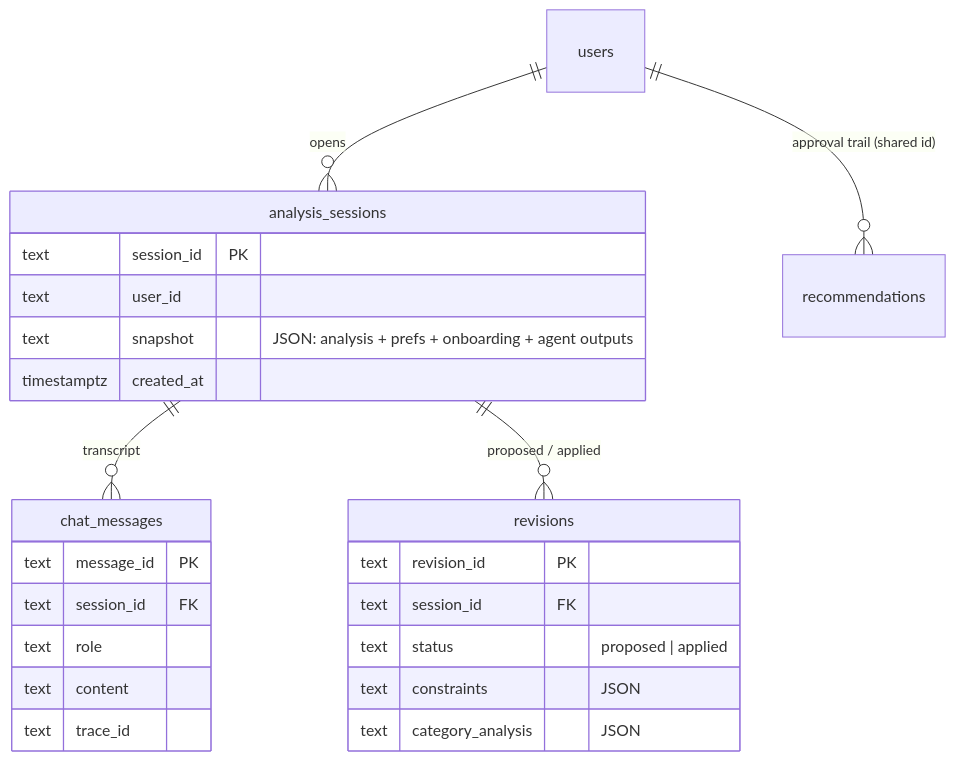
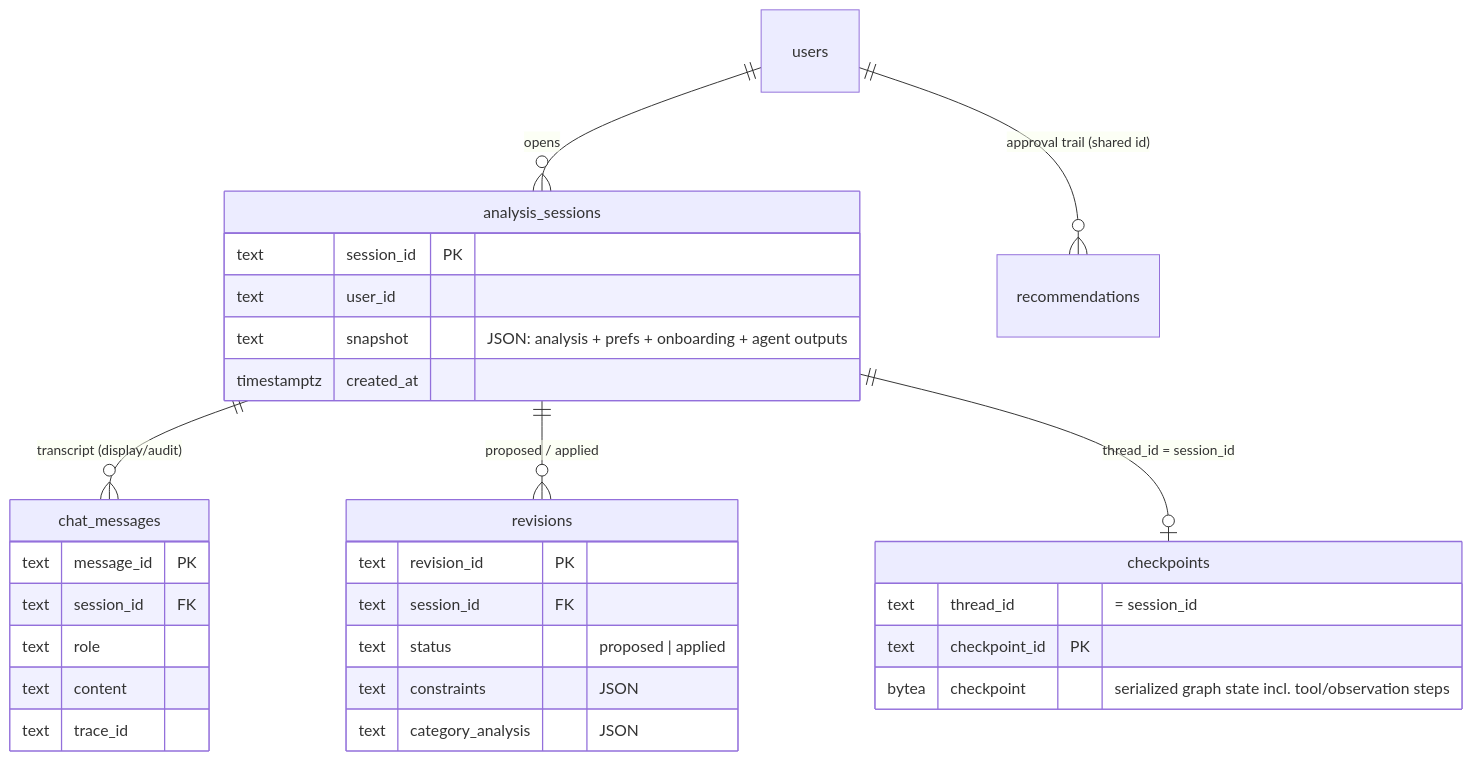
One commit to tjorgeo/AIIM_DB_mobility_advisior changed the ninth of 13 diagrams in DELIVERABLES/BACKEND_ARCHITECTURE_REPORT.md. Above: the diagram before and after it, drawn with Mermaid. The commit also changed other lines of this file and 19 other files, not shown here.

````diff
--- a/DELIVERABLES/BACKEND_ARCHITECTURE_REPORT.md
+++ b/DELIVERABLES/BACKEND_ARCHITECTURE_REPORT.md
@@ -347,28 +374,34 @@
 ```mermaid
 erDiagram
     users ||--o{ analysis_sessions : opens
-    analysis_sessions ||--o{ chat_messages : transcript
+    analysis_sessions ||--o{ chat_messages : "transcript (display/audit)"
     analysis_sessions ||--o{ revisions : "proposed / applied"
     users ||--o{ recommendations : "approval trail (shared id)"
+    analysis_sessions ||--o| checkpoints : "thread_id = session_id"
 
     analysis_sessions {
         text session_id PK
         text user_id
         text snapshot "JSON: analysis + prefs + onboarding + agent outputs"
         timestamptz created_at
     }
     chat_messages {
         text message_id PK
         text session_id FK
         text role
         text content
         text trace_id
     }
     revisions {
         text revision_id PK
         text session_id FK
         text status "proposed | applied"
         text constraints "JSON"
         text category_analysis "JSON"
     }
+    checkpoints {
+        text thread_id "= session_id"
+        text checkpoint_id PK
+        bytea checkpoint "serialized graph state incl. tool/observation steps"
+    }
 ```
````
